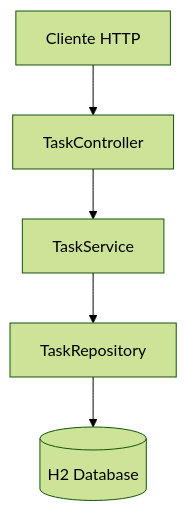
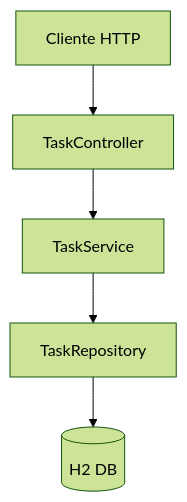
The first of 3 diagrams in backend/gestor-de-tareas/Readme.md (Fran3103/gestor-de-tareas), drawn with Mermaid (forest theme) before and after one commit. The commit also changed other lines of this file and 3 other files, not shown here.

````diff
--- a/backend/gestor-de-tareas/Readme.md
+++ b/backend/gestor-de-tareas/Readme.md
@@ -139,7 +139,7 @@
 ```mermaid
 flowchart TD
     Client[Cliente HTTP] --> Controller[TaskController]
     Controller --> Service[TaskService]
     Service --> Repo[TaskRepository]
-    Repo --> DB[(H2 Database)]
+    Repo --> DB[(H2 DB)]
 ```
````
